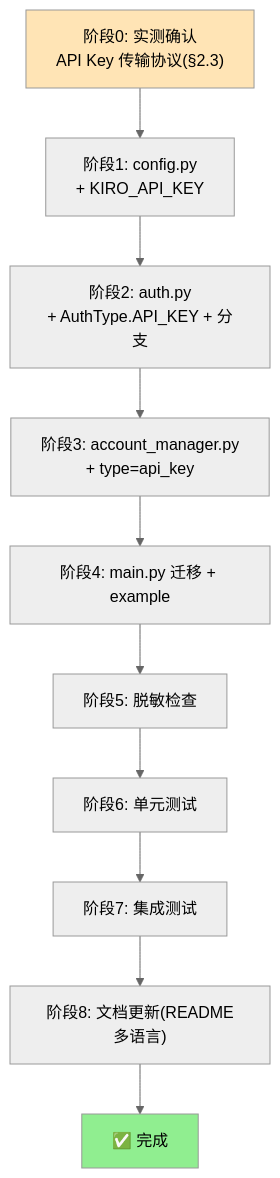
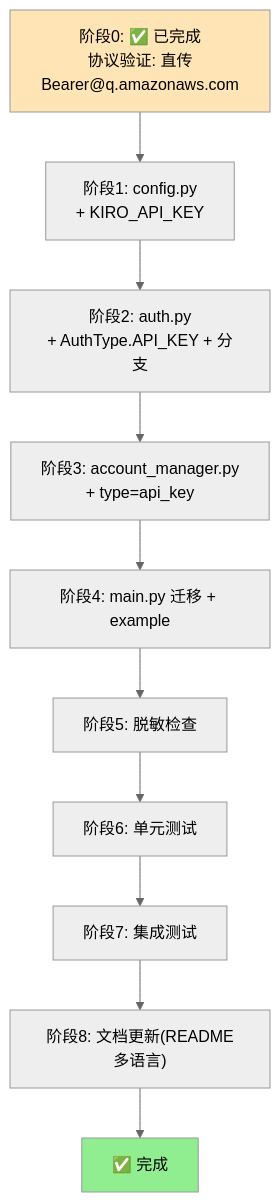
One commit to liangyimingcom/kiro-gateway_jwadow changed diagram 17 of 18 in docs/zh/API_KEY_AUTH_DESIGN.md. Above: the diagram before and after it, drawn with Mermaid (neutral theme). The commit also changed other lines of this file and 7 other files, not shown here.

First line of the commit message:
fix(auth): correct API Key protocol to direct Bearer + profile discovery

````diff
--- a/docs/zh/API_KEY_AUTH_DESIGN.md
+++ b/docs/zh/API_KEY_AUTH_DESIGN.md
@@ -567,15 +611,15 @@
 ```mermaid
 flowchart TD
-    S0["阶段0: 实测确认<br/>API Key 传输协议(§2.3)"] --> S1
+    S0["阶段0: ✅ 已完成<br/>协议验证: 直传Bearer@q.amazonaws.com"] --> S1
     S1["阶段1: config.py<br/>+ KIRO_API_KEY"] --> S2
     S2["阶段2: auth.py<br/>+ AuthType.API_KEY + 分支"] --> S3
     S3["阶段3: account_manager.py<br/>+ type=api_key"] --> S4
     S4["阶段4: main.py 迁移 + example"] --> S5
     S5["阶段5: 脱敏检查"] --> S6
     S6["阶段6: 单元测试"] --> S7
     S7["阶段7: 集成测试"] --> S8
     S8["阶段8: 文档更新(README多语言)"] --> DONE["✅ 完成"]
 
     style S0 fill:#FFE4B5
     style DONE fill:#90EE90
 ```
````
